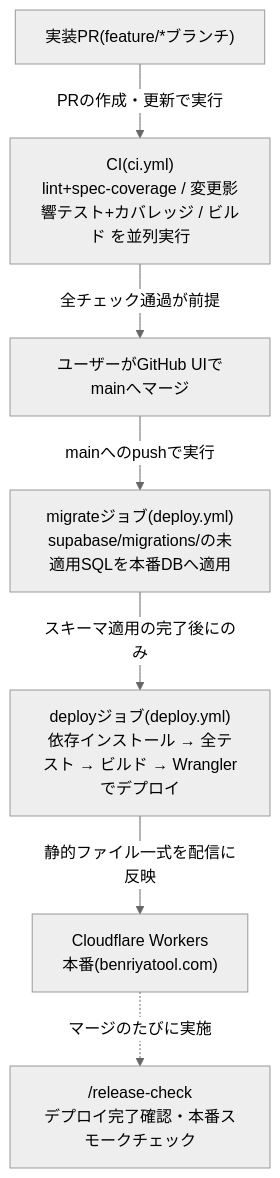
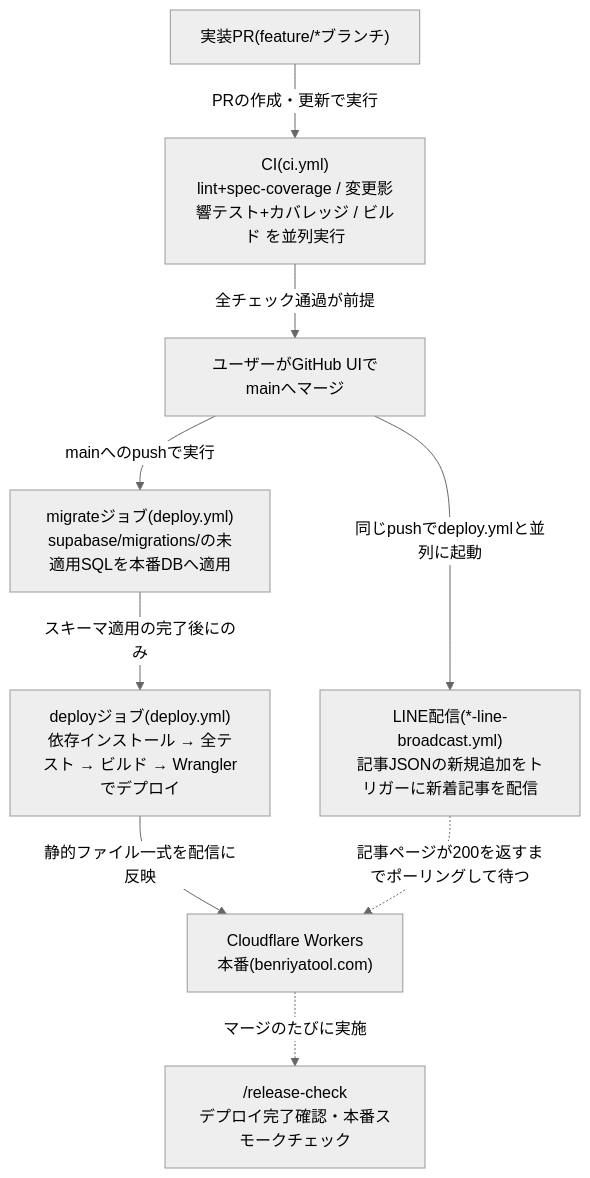
The diagram in docs/architecture/deployment.md (zakiyama0108/benriyatool), drawn with Mermaid (neutral theme) before and after one commit. The commit also changed other lines of this file and 9 other files, not shown here.

First line of the commit message:
spec(line-broadcast): 公開待ちの設計・タスク分解とデプロイメント図を追加

````diff
--- a/docs/architecture/deployment.md
+++ b/docs/architecture/deployment.md
@@ -5,17 +5,20 @@
 ```mermaid
 flowchart TD
     pr["実装PR(feature/*ブランチ)"]
     ci["CI(ci.yml)<br>lint+spec-coverage / 変更影響テスト+カバレッジ / ビルド を並列実行"]
     merge["ユーザーがGitHub UIでmainへマージ"]
     migrate["migrateジョブ(deploy.yml)<br>supabase/migrations/の未適用SQLを本番DBへ適用"]
     deploy["deployジョブ(deploy.yml)<br>依存インストール → 全テスト → ビルド → Wranglerでデプロイ"]
     prod["Cloudflare Workers<br>本番(benriyatool.com)"]
     check["/release-check<br>デプロイ完了確認・本番スモークチェック"]
+    broadcast["LINE配信(*-line-broadcast.yml)<br>記事JSONの新規追加をトリガーに新着記事を配信"]
 
     pr -->|PRの作成・更新で実行| ci
     ci -->|全チェック通過が前提| merge
     merge -->|mainへのpushで実行| migrate
     migrate -->|スキーマ適用の完了後にのみ| deploy
     deploy -->|静的ファイル一式を配信に反映| prod
     prod -.->|マージのたびに実施| check
+    merge -->|同じpushでdeploy.ymlと並列に起動| broadcast
+    broadcast -.->|記事ページが200を返すまでポーリングして待つ| prod
 ```
````
